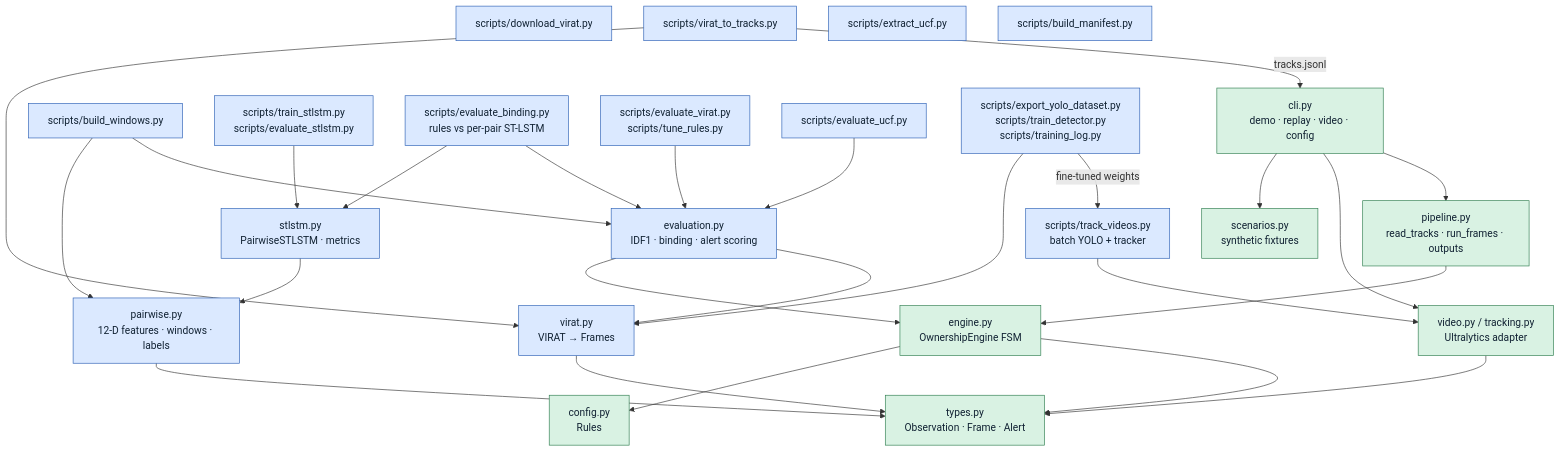
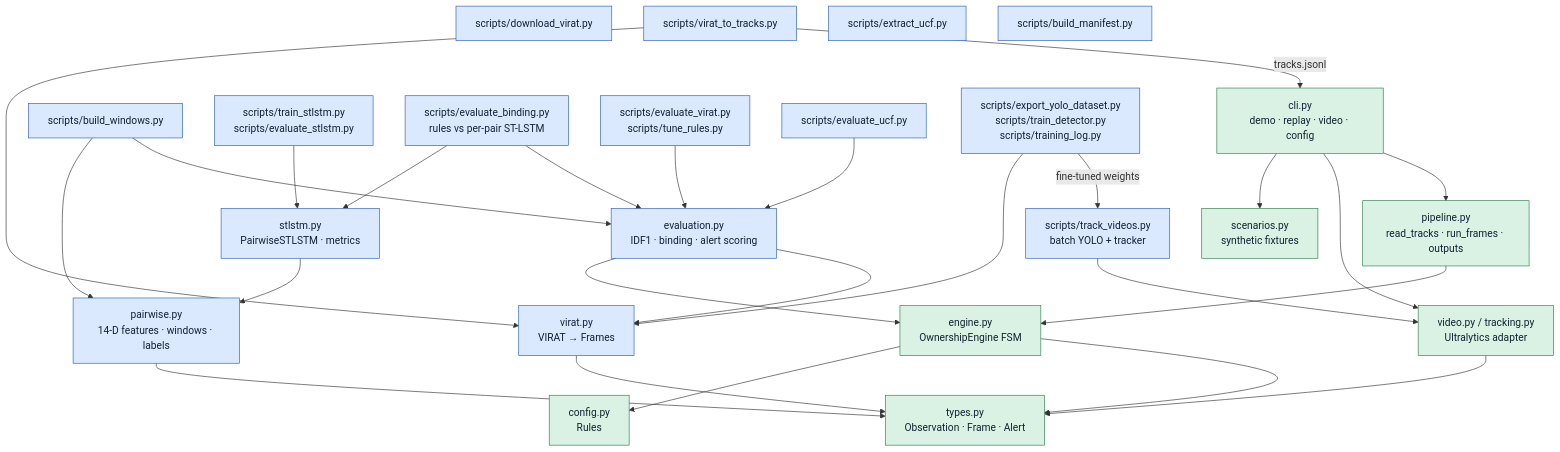
One commit to Tanu1007/WatchDog changed the third of 4 diagrams in docs/ARCHITECTURE.md. Above: the diagram before and after it, drawn with Mermaid. The commit also changed 1 other file, not shown here.

Commit message:
docs: list all 14 ST-LSTM features in one WORKLOG table

````diff
--- a/docs/ARCHITECTURE.md
+++ b/docs/ARCHITECTURE.md
@@ -60,46 +60,46 @@
 ```mermaid
 flowchart TB
     classDef done fill:#d9f2e3,stroke:#2e7d4f,color:#123;
     classDef new fill:#dbe9ff,stroke:#2b5fb4,color:#123;
 
     CLI["cli.py<br/>demo · replay · video · config"]:::done
     SCN["scenarios.py<br/>synthetic fixtures"]:::done
     VID["video.py / tracking.py<br/>Ultralytics adapter"]:::done
     PIPE["pipeline.py<br/>read_tracks · run_frames · outputs"]:::done
     ENG["engine.py<br/>OwnershipEngine FSM"]:::done
     CFG["config.py<br/>Rules"]:::done
     TYP["types.py<br/>Observation · Frame · Alert"]:::done
     VIR["virat.py<br/>VIRAT → Frames"]:::new
     EVA["evaluation.py<br/>IDF1 · binding · alert scoring"]:::new
-    PW["pairwise.py<br/>12-D features · windows · labels"]:::new
+    PW["pairwise.py<br/>14-D features · windows · labels"]:::new
     S9["scripts/build_windows.py"]:::new
     ST["stlstm.py<br/>PairwiseSTLSTM · metrics"]:::new
     S10["scripts/train_stlstm.py<br/>scripts/evaluate_stlstm.py"]:::new
     S11["scripts/evaluate_binding.py<br/>rules vs per-pair ST-LSTM"]:::new
     S1["scripts/download_virat.py"]:::new
     S2["scripts/virat_to_tracks.py"]:::new
     S3["scripts/extract_ucf.py"]:::new
     S4["scripts/build_manifest.py"]:::new
     S5["scripts/track_videos.py<br/>batch YOLO + tracker"]:::new
     S6["scripts/evaluate_virat.py<br/>scripts/tune_rules.py"]:::new
     S7["scripts/evaluate_ucf.py"]:::new
     S8["scripts/export_yolo_dataset.py<br/>scripts/train_detector.py<br/>scripts/training_log.py"]:::new
 
     CLI --> SCN & VID & PIPE
     PIPE --> ENG --> CFG
     ENG --> TYP
     VID --> TYP
     S2 --> VIR --> TYP
     S2 -->|tracks.jsonl| CLI
     S5 --> VID
     S6 --> EVA
     S7 --> EVA
     EVA --> ENG & VIR
     S8 --> VIR
     S8 -->|fine-tuned weights| S5
     S9 --> PW --> TYP
     S9 --> EVA
     S10 --> ST --> PW
     S11 --> ST
     S11 --> EVA
 ```
````
